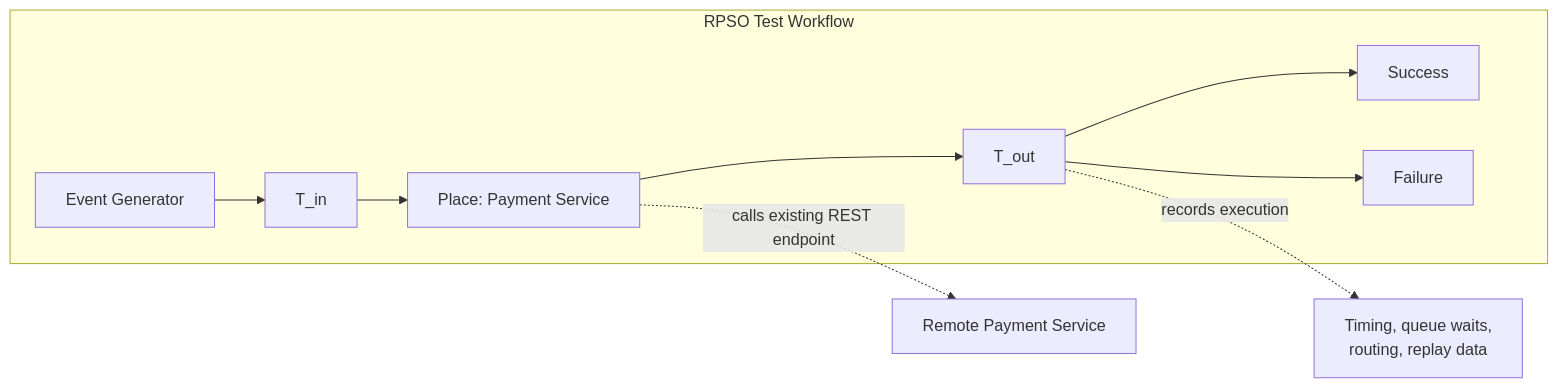
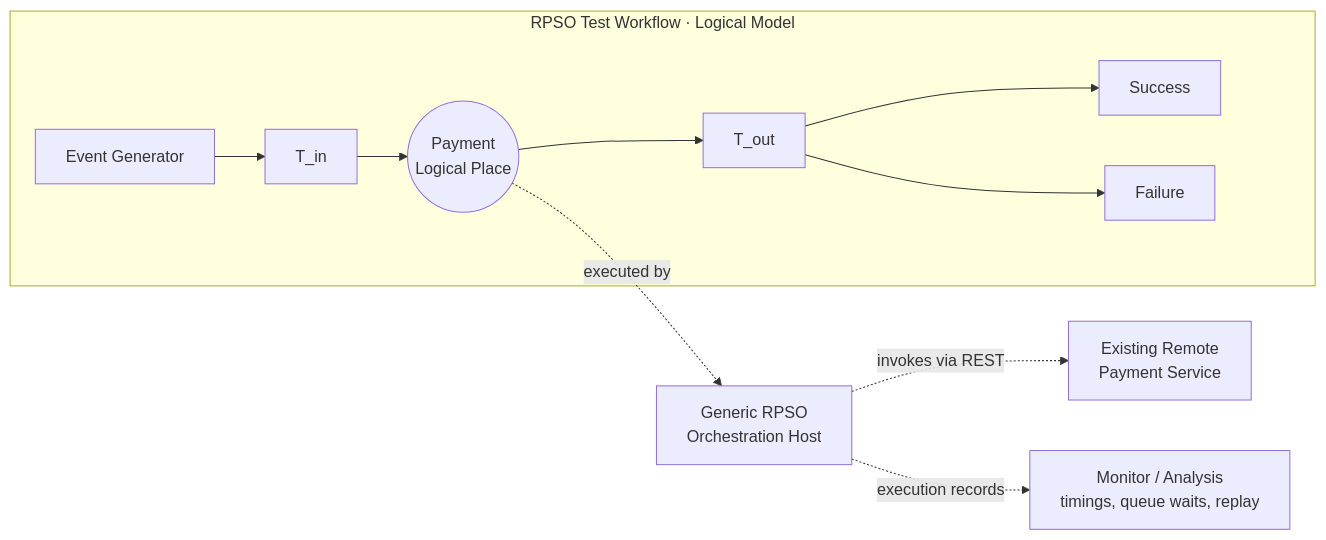
Before and after one commit to AlexanderAdelAU/Rule-Propagated-Service-Orchestration: the diagram in README.md, drawn with Mermaid. The commit also changed other lines of this file, not shown here.

Commit message:
Clarify logical Payment Place versus executing orchestration host

````diff
--- a/README.md
+++ b/README.md
@@ -15,13 +15,14 @@
 ```mermaid
 flowchart LR
-    subgraph RPSO["RPSO Test Workflow"]
+    subgraph RPSO["RPSO Test Workflow · Logical Model"]
         EG["Event Generator"] --> TI["T_in"]
-        TI --> P["Place: Payment Service"]
+        TI --> P(("Payment<br/>Logical Place"))
         P --> TO["T_out"]
         TO --> OK["Success"]
         TO --> FAIL["Failure"]
     end
 
-    P -. "calls existing REST endpoint" .-> REST["Remote Payment Service"]
-    TO -. "records execution" .-> OBS["Timing, queue waits,<br/>routing, replay data"]
+    P -. "executed by" .-> HOST["Generic RPSO<br/>Orchestration Host"]
+    HOST -. "invokes via REST" .-> REST["Existing Remote<br/>Payment Service"]
+    HOST -. "execution records" .-> OBS["Monitor / Analysis<br/>timings, queue waits, replay"]
 ```
````
